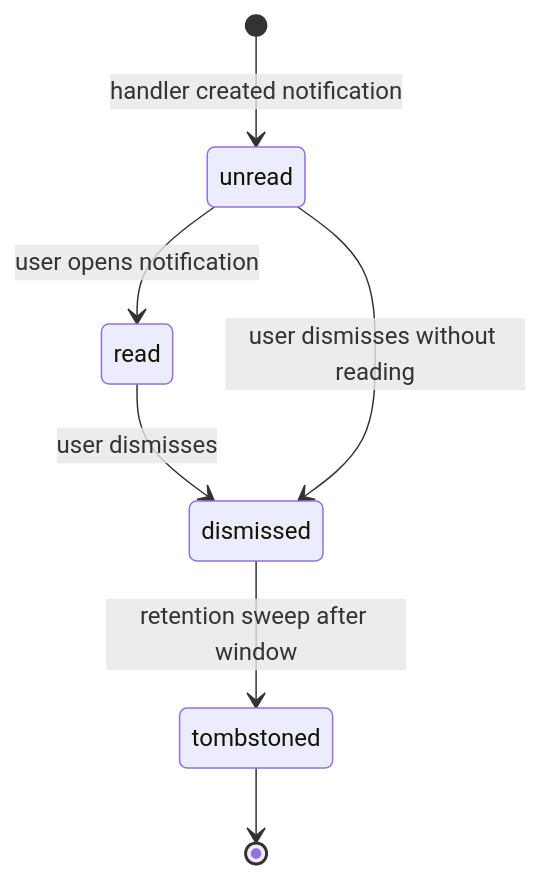
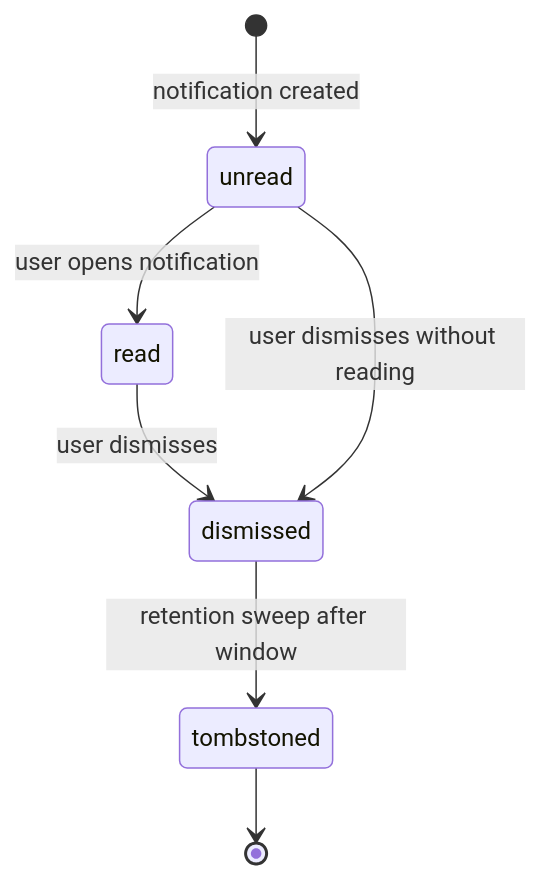
One commit to nikunjmavani/core-be changed the diagram in src/domains/notify/sub-domains/notification/notification.overview.md. Above: the diagram before and after it, drawn with Mermaid. The commit also changed other lines of this file and 10 other files, not shown here.

````diff
--- a/src/domains/notify/sub-domains/notification/notification.overview.md
+++ b/src/domains/notify/sub-domains/notification/notification.overview.md
@@ -23,9 +23,9 @@
 ```mermaid
 stateDiagram-v2
-  [*] --> unread: handler created notification
+  [*] --> unread: notification created
   unread --> read: user opens notification
   read --> dismissed: user dismisses
   unread --> dismissed: user dismisses without reading
   dismissed --> tombstoned: retention sweep after window
   tombstoned --> [*]
 ```
````
